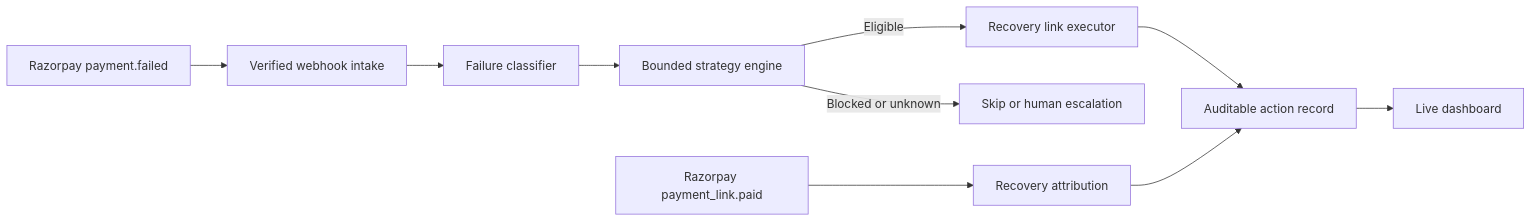
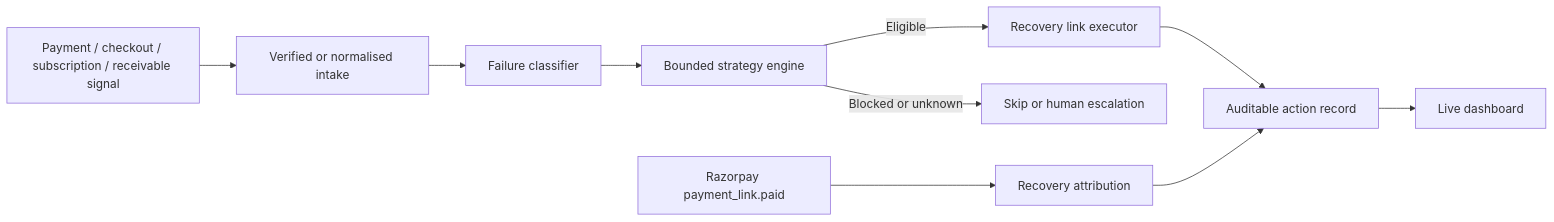
One commit to modiviveks/razorpay-ai-revenue-recovery-agent changed the diagram in DEMO_SCRIPT.md. Above: the diagram before and after it, drawn with Mermaid. The commit also changed other lines of this file and 15 other files, not shown here.

````diff
--- a/DEMO_SCRIPT.md
+++ b/DEMO_SCRIPT.md
@@ -37,12 +40,12 @@
 ```mermaid
 flowchart LR
-    A[Razorpay payment.failed] --> B[Verified webhook intake]
+    A[Payment / checkout / subscription / receivable signal] --> B[Verified or normalised intake]
     B --> C[Failure classifier]
     C --> D[Bounded strategy engine]
     D -->|Eligible| E[Recovery link executor]
     D -->|Blocked or unknown| F[Skip or human escalation]
     E --> G[Auditable action record]
     H[Razorpay payment_link.paid] --> I[Recovery attribution]
     I --> G
     G --> J[Live dashboard]
 ```
````
